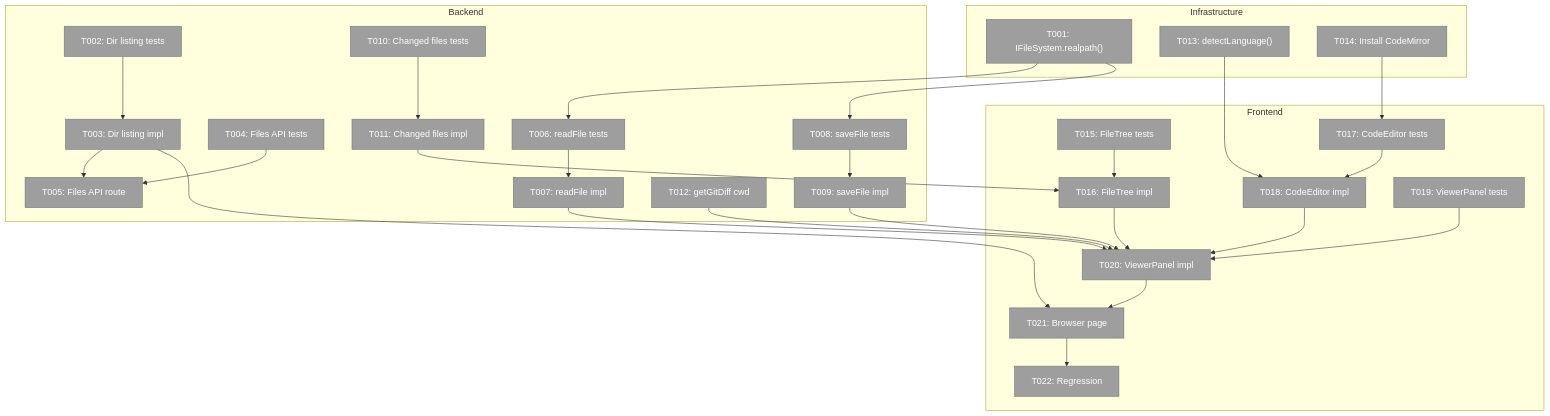
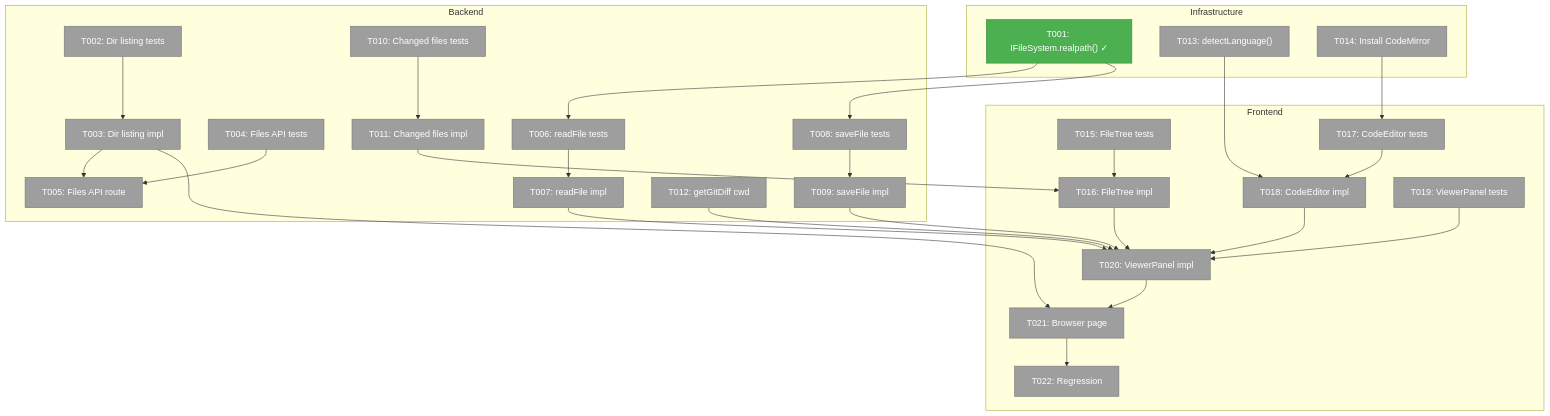
Before and after one commit to AI-Substrate/chainglass: the first of 3 diagrams in docs/plans/041-file-browser/tasks/phase-4-file-browser/tasks.md, drawn with Mermaid. The commit also changed other lines of this file and 27 other files, not shown here.

````diff
--- a/docs/plans/041-file-browser/tasks/phase-4-file-browser/tasks.md
+++ b/docs/plans/041-file-browser/tasks/phase-4-file-browser/tasks.md
@@ -121,50 +121,50 @@
 ```mermaid
 flowchart TD
     classDef pending fill:#9E9E9E,stroke:#757575,color:#fff
     classDef completed fill:#4CAF50,stroke:#388E3C,color:#fff
 
     subgraph Infra["Infrastructure"]
-        T001["T001: IFileSystem.realpath()"]:::pending
+        T001["T001: IFileSystem.realpath() ✓"]:::completed
         T013["T013: detectLanguage()"]:::pending
         T014["T014: Install CodeMirror"]:::pending
     end
 
     subgraph Backend["Backend"]
         T002["T002: Dir listing tests"]:::pending
         T003["T003: Dir listing impl"]:::pending
         T004["T004: Files API tests"]:::pending
         T005["T005: Files API route"]:::pending
         T006["T006: readFile tests"]:::pending
         T007["T007: readFile impl"]:::pending
         T008["T008: saveFile tests"]:::pending
         T009["T009: saveFile impl"]:::pending
         T010["T010: Changed files tests"]:::pending
         T011["T011: Changed files impl"]:::pending
         T012["T012: getGitDiff cwd"]:::pending
     end
 
     subgraph Frontend["Frontend"]
         T015["T015: FileTree tests"]:::pending
         T016["T016: FileTree impl"]:::pending
         T017["T017: CodeEditor tests"]:::pending
         T018["T018: CodeEditor impl"]:::pending
         T019["T019: ViewerPanel tests"]:::pending
         T020["T020: ViewerPanel impl"]:::pending
         T021["T021: Browser page"]:::pending
         T022["T022: Regression"]:::pending
     end
 
     T001 --> T006 & T008
     T002 --> T003 --> T005
     T004 --> T005
     T006 --> T007
     T008 --> T009
     T010 --> T011 --> T016
     T013 --> T018
     T014 --> T017
     T015 --> T016
     T017 --> T018
     T019 --> T020
     T007 & T009 & T012 & T016 & T018 --> T020
     T003 & T020 --> T021 --> T022
 ```
````
